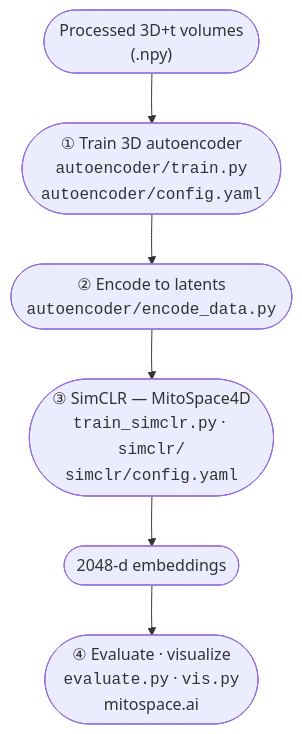
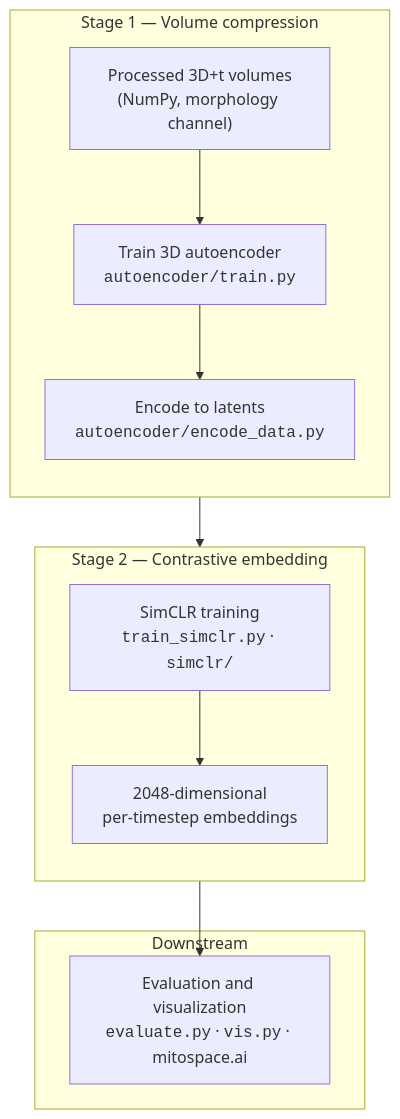
One commit to schoeneberglab/MitoSpace4D changed the diagram in README.md. Above: the diagram before and after it, drawn with Mermaid. The commit also changed other lines of this file and 1 other file, not shown here.

````diff
--- a/README.md
+++ b/README.md
@@ -19,11 +31,24 @@
 ```mermaid
 flowchart TB
-    A(["Processed 3D+t volumes<br/>(.npy)"])
-    B(["① Train 3D autoencoder<br/><code>autoencoder/train.py</code><br/><code>autoencoder/config.yaml</code>"])
-    C(["② Encode to latents<br/><code>autoencoder/encode_data.py</code>"])
-    D(["③ SimCLR — MitoSpace4D<br/><code>train_simclr.py</code> · <code>simclr/</code><br/><code>simclr/config.yaml</code>"])
-    E(["2048-d embeddings"])
-    F(["④ Evaluate · visualize<br/><code>evaluate.py</code> · <code>vis.py</code><br/>mitospace.ai"])
+    subgraph stage1["Stage 1 — Volume compression"]
+        direction TB
+        A["Processed 3D+t volumes<br/>(NumPy, morphology channel)"]
+        B["Train 3D autoencoder<br/><code>autoencoder/train.py</code>"]
+        C["Encode to latents<br/><code>autoencoder/encode_data.py</code>"]
+        A --> B --> C
+    end
 
-    A --> B --> C --> D --> E --> F
+    subgraph stage2["Stage 2 — Contrastive embedding"]
+        direction TB
+        D["SimCLR training<br/><code>train_simclr.py</code> · <code>simclr/</code>"]
+        E["2048-dimensional<br/>per-timestep embeddings"]
+        D --> E
+    end
+
+    subgraph downstream["Downstream"]
+        F["Evaluation and visualization<br/><code>evaluate.py</code> · <code>vis.py</code> · mitospace.ai"]
+    end
+
+    C --> D
+    E --> F
 ```
````
